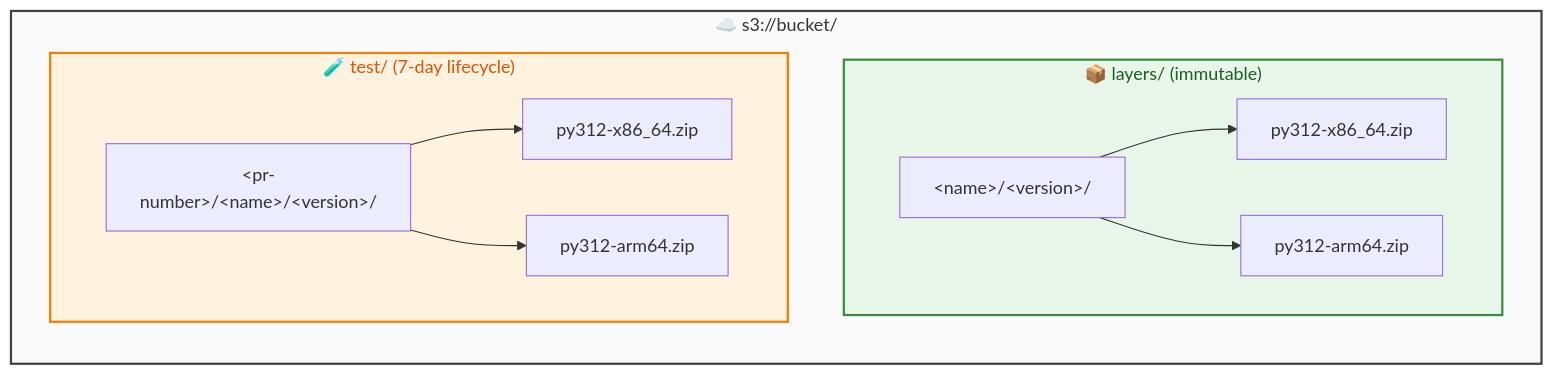
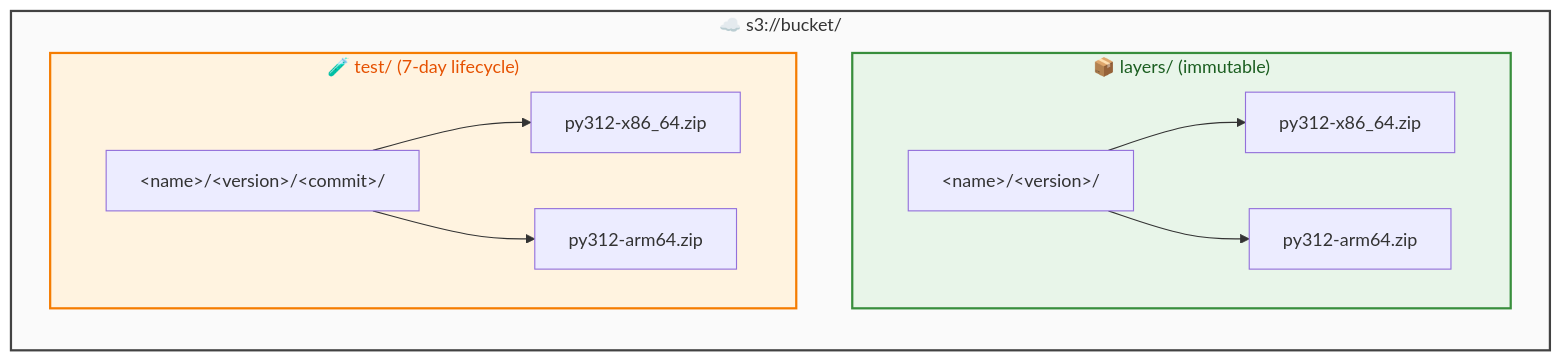
The diagram in docs/SETUP.md (luk-kop/aws-lambda-layers), drawn with Mermaid before and after one commit. The commit also changed other lines of this file and 7 other files, not shown here.

````diff
--- a/docs/SETUP.md
+++ b/docs/SETUP.md
@@ -42,26 +42,26 @@
 ```mermaid
 flowchart TB
     subgraph S3["☁️ s3://bucket/"]
         direction TB
         subgraph Layers["📦 layers/ (immutable)"]
             direction LR
             L1["&lt;name&gt;/&lt;version&gt;/"]
             L2["py312-x86_64.zip"]
             L3["py312-arm64.zip"]
             L1 --> L2
             L1 --> L3
         end
         subgraph Test["🧪 test/ (7-day lifecycle)"]
             direction LR
-            T1["&lt;pr-number&gt;/&lt;name&gt;/&lt;version&gt;/"]
+            T1["&lt;name&gt;/&lt;version&gt;/&lt;commit&gt;/"]
             T2["py312-x86_64.zip"]
             T3["py312-arm64.zip"]
             T1 --> T2
             T1 --> T3
         end
     end
 
     style S3 fill:#fafafa,stroke:#424242,stroke-width:2px
     style Layers fill:#e8f5e9,stroke:#388e3c,stroke-width:2px,color:#1b5e20
     style Test fill:#fff3e0,stroke:#f57c00,stroke-width:2px,color:#e65100
 ```
````
